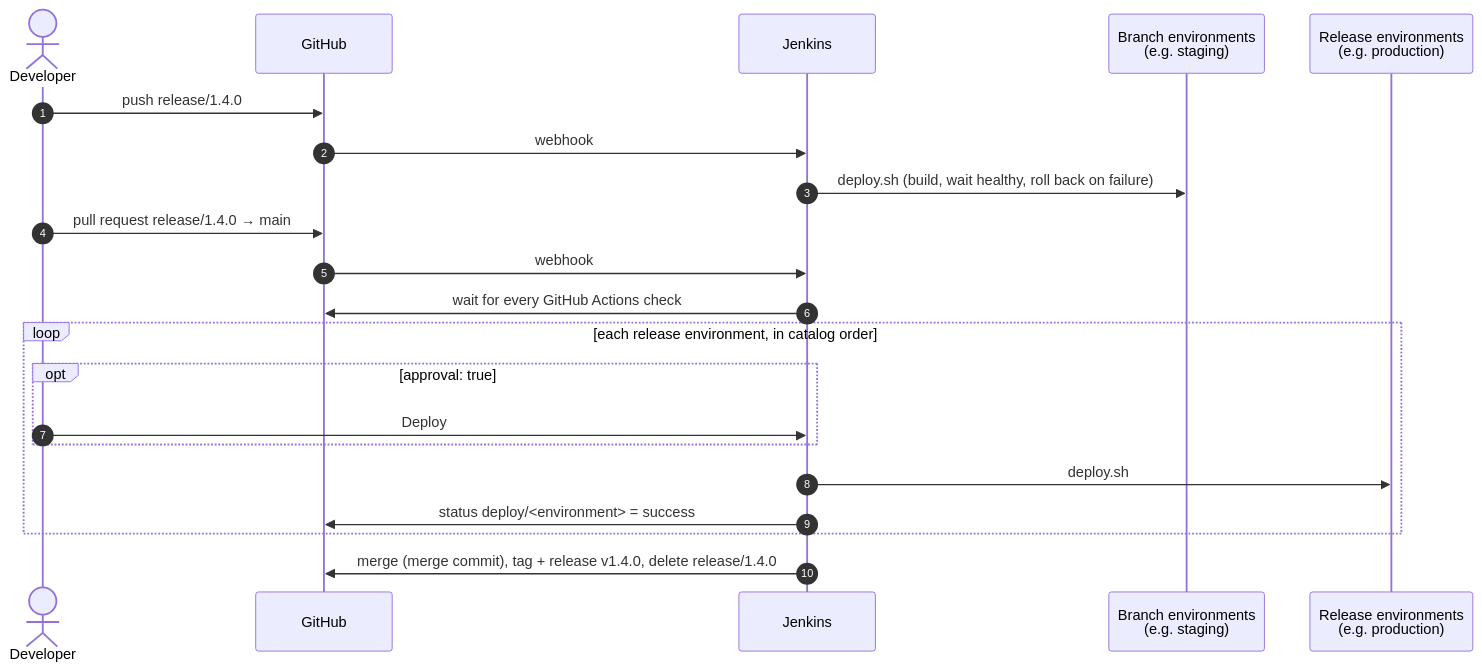
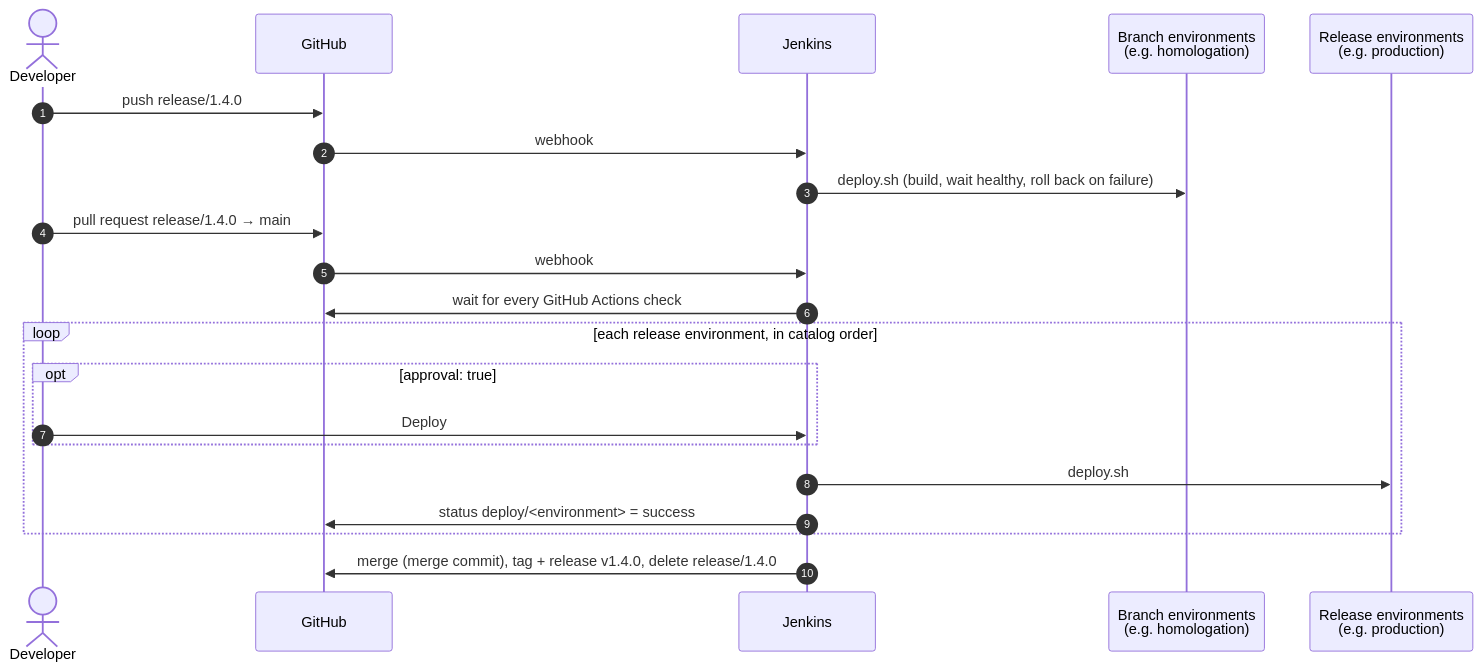
Before and after one commit to artur-rios/yggdrasil: the third of 4 diagrams in README.md, drawn with Mermaid. The commit also changed other lines of this file and 113 other files, not shown here.

````diff
--- a/README.md
+++ b/README.md
@@ -83,23 +87,23 @@
 ```mermaid
 sequenceDiagram
     autonumber
     actor Dev as Developer
     participant GH as GitHub
     participant J as Jenkins
-    participant B as Branch environments<br/>(e.g. staging)
+    participant B as Branch environments<br/>(e.g. homologation)
     participant R as Release environments<br/>(e.g. production)
     Dev->>GH: push release/1.4.0
     GH->>J: webhook
     J->>B: deploy.sh (build, wait healthy, roll back on failure)
     Dev->>GH: pull request release/1.4.0 → main
     GH->>J: webhook
     J->>GH: wait for every GitHub Actions check
     loop each release environment, in catalog order
         opt approval: true
             Dev->>J: Deploy
         end
         J->>R: deploy.sh
         J->>GH: status deploy/<environment> = success
     end
     J->>GH: merge (merge commit), tag + release v1.4.0, delete release/1.4.0
 ```
````
